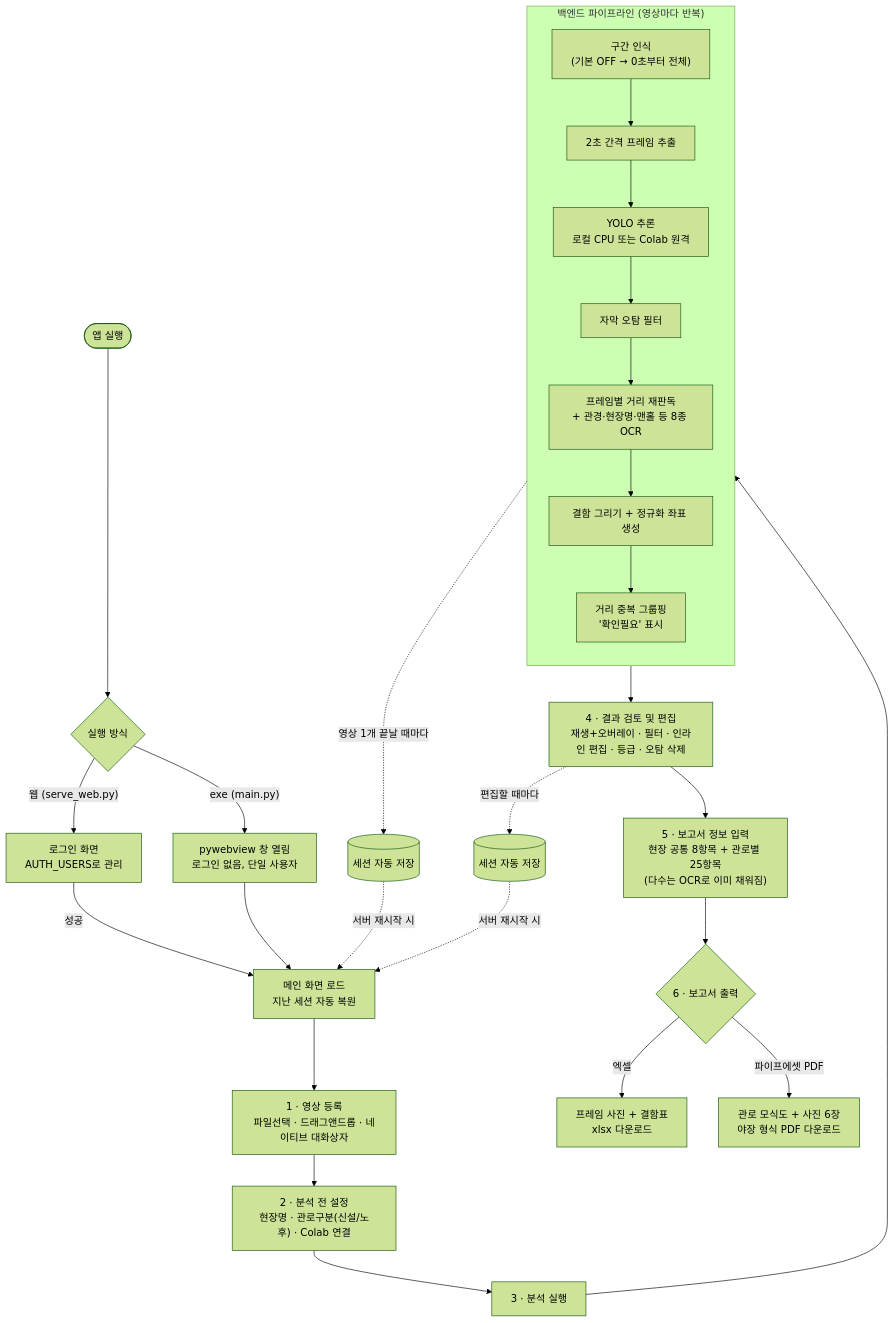
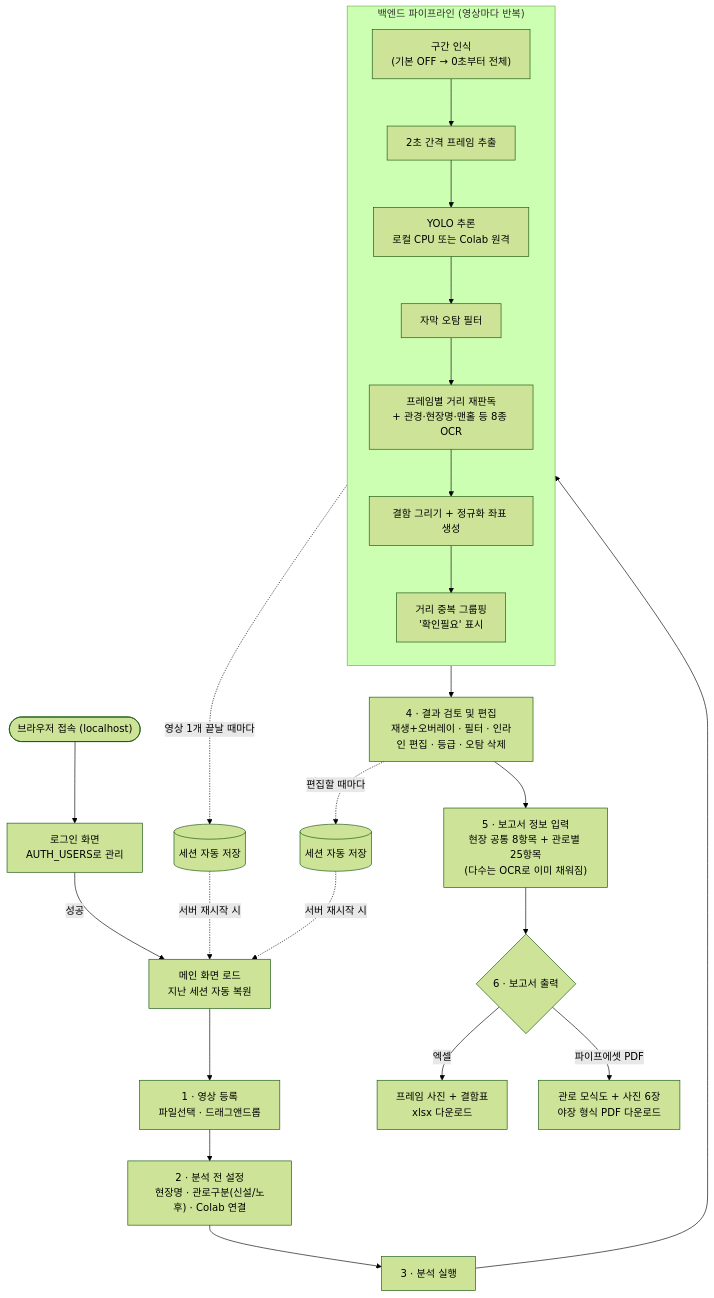
One commit to Eunbee-K/AI_CCTV changed the diagram in docs/reports/2026-08-05-전체-유저플로우.md. Above: the diagram before and after it, drawn with Mermaid (forest theme). The commit also changed other lines of this file, not shown here.

First line of the commit message:
docs: 유저플로우 보고서에서 exe 진입 경로 제거

````diff
--- a/docs/reports/2026-08-05-전체-유저플로우.md
+++ b/docs/reports/2026-08-05-전체-유저플로우.md
@@ -13,38 +13,35 @@
 ```mermaid
 flowchart TD
-    START(["앱 실행"]) --> ENTRY{"실행 방식"}
-    ENTRY -- "exe (main.py)" --> DESK["pywebview 창 열림<br/>로그인 없음, 단일 사용자"]
-    ENTRY -- "웹 (serve_web.py)" --> LOGIN["로그인 화면<br/>AUTH_USERS로 관리"]
-    LOGIN -- "성공" --> APP
-    DESK --> APP["메인 화면 로드<br/>지난 세션 자동 복원"]
+    START(["브라우저 접속 (localhost)"]) --> LOGIN["로그인 화면<br/>AUTH_USERS로 관리"]
+    LOGIN -- "성공" --> APP["메인 화면 로드<br/>지난 세션 자동 복원"]
 
-    APP --> ADD["1 · 영상 등록<br/>파일선택 · 드래그앤드롭 · 네이티브 대화상자"]
+    APP --> ADD["1 · 영상 등록<br/>파일선택 · 드래그앤드롭"]
     ADD --> SETUP["2 · 분석 전 설정<br/>현장명 · 관로구분(신설/노후) · Colab 연결"]
     SETUP --> RUN["3 · 분석 실행"]
 
     subgraph PIPE ["백엔드 파이프라인 (영상마다 반복)"]
         direction TB
         P1["구간 인식<br/>(기본 OFF → 0초부터 전체)"]
         P2["2초 간격 프레임 추출"]
         P3["YOLO 추론<br/>로컬 CPU 또는 Colab 원격"]
         P4["자막 오탐 필터"]
         P5["프레임별 거리 재판독<br/>+ 관경·현장명·맨홀 등 8종 OCR"]
         P6["결함 그리기 + 정규화 좌표 생성"]
         P7["거리 중복 그룹핑<br/>'확인필요' 표시"]
         P1 --> P2 --> P3 --> P4 --> P5 --> P6 --> P7
     end
 
     RUN --> PIPE
     PIPE -.영상 1개 끝날 때마다.-> SAVE1[("세션 자동 저장")]
 
     PIPE --> REVIEW["4 · 결과 검토 및 편집<br/>재생+오버레이 · 필터 · 인라인 편집 · 등급 · 오탐 삭제"]
     REVIEW -.편집할 때마다.-> SAVE2[("세션 자동 저장")]
 
     REVIEW --> META["5 · 보고서 정보 입력<br/>현장 공통 8항목 + 관로별 25항목<br/>(다수는 OCR로 이미 채워짐)"]
     META --> EXPORT{"6 · 보고서 출력"}
     EXPORT -- "엑셀" --> XLSX["프레임 사진 + 결함표<br/>xlsx 다운로드"]
     EXPORT -- "파이프에셋 PDF" --> PDF["관로 모식도 + 사진 6장<br/>야장 형식 PDF 다운로드"]
 
     SAVE1 -.서버 재시작 시.-> APP
     SAVE2 -.서버 재시작 시.-> APP
 ```
````
